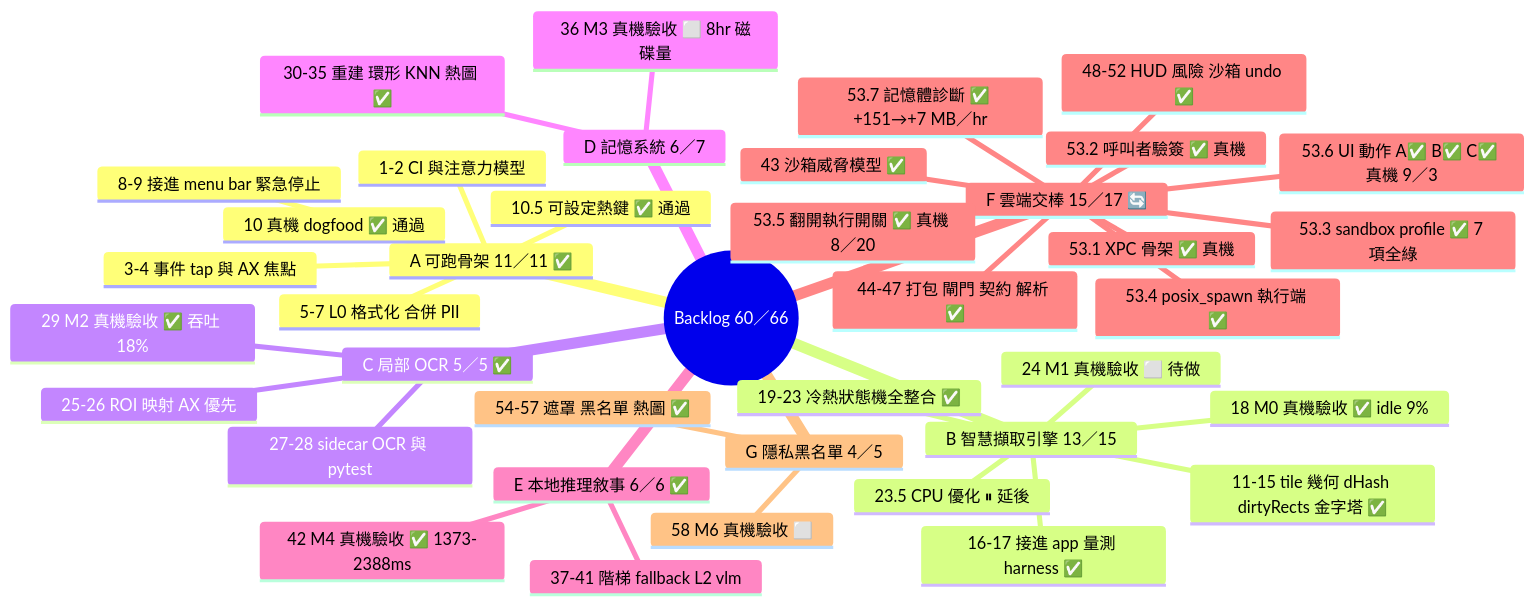
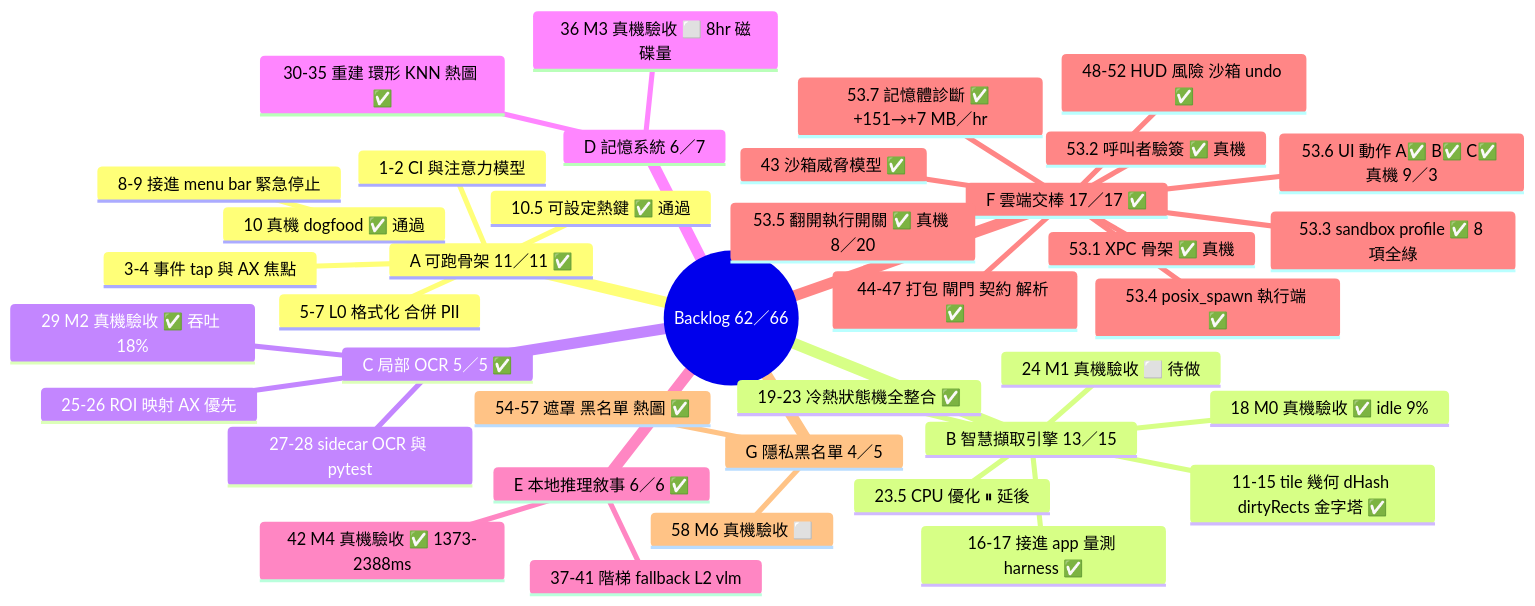
Before and after one commit to pcpcchen-coder/CoPartner: the third of 10 diagrams in docs/project-mindmap.md, drawn with Mermaid. The commit also changed other lines of this file and 10 other files, not shown here.

First line of the commit message:
docs: 進度對帳第二輪 —— 修正 62/66 算術與 sandbox 項數，同步三個衍生視圖

````diff
--- a/docs/project-mindmap.md
+++ b/docs/project-mindmap.md
@@ -183,42 +183,42 @@
 ```mermaid
 mindmap
-  root((Backlog 60／66))
+  root((Backlog 62／66))
     A 可跑骨架 11／11 ✅
       1-2 CI 與注意力模型
       3-4 事件 tap 與 AX 焦點
       5-7 L0 格式化 合併 PII
       8-9 接進 menu bar 緊急停止
       10 真機 dogfood ✅ 通過
       10.5 可設定熱鍵 ✅ 通過
     B 智慧擷取引擎 13／15
       11-15 tile 幾何 dHash dirtyRects 金字塔 ✅
       16-17 接進 app 量測 harness ✅
       18 M0 真機驗收 ✅ idle 9%
       19-23 冷熱狀態機全整合 ✅
       23.5 CPU 優化 ⏸ 延後
       24 M1 真機驗收 ⬜ 待做
     C 局部 OCR 5／5 ✅
       25-26 ROI 映射 AX 優先
       27-28 sidecar OCR 與 pytest
       29 M2 真機驗收 ✅ 吞吐 18%
     D 記憶系統 6／7
       30-35 重建 環形 KNN 熱圖 ✅
       36 M3 真機驗收 ⬜ 8hr 磁碟量
     E 本地推理敘事 6／6 ✅
       37-41 階梯 fallback L2 vlm
       42 M4 真機驗收 ✅ 1373-2388ms
-    F 雲端交棒 15／17 🔄
+    F 雲端交棒 17／17 ✅
       43 沙箱威脅模型 ✅
       44-47 打包 閘門 契約 解析 ✅
       48-52 HUD 風險 沙箱 undo ✅
       53.1 XPC 骨架 ✅ 真機
       53.2 呼叫者驗簽 ✅ 真機
-      53.3 sandbox profile ✅ 7 項全綠
+      53.3 sandbox profile ✅ 8 項全綠
       53.4 posix_spawn 執行端 ✅
       53.5 翻開執行開關 ✅ 真機 8／20
       53.6 UI 動作 A✅ B✅ C✅ 真機 9／3
       53.7 記憶體診斷 ✅ +151→+7 MB／hr
     G 隱私黑名單 4／5
       54-57 遮罩 黑名單 熱圖 ✅
       58 M6 真機驗收 ⬜
 ```
````
